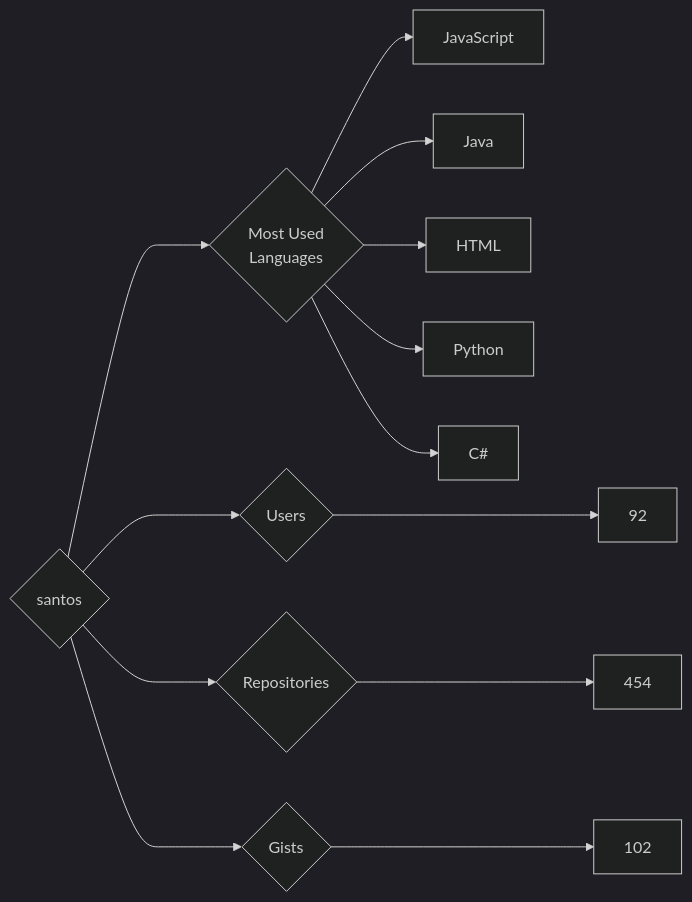
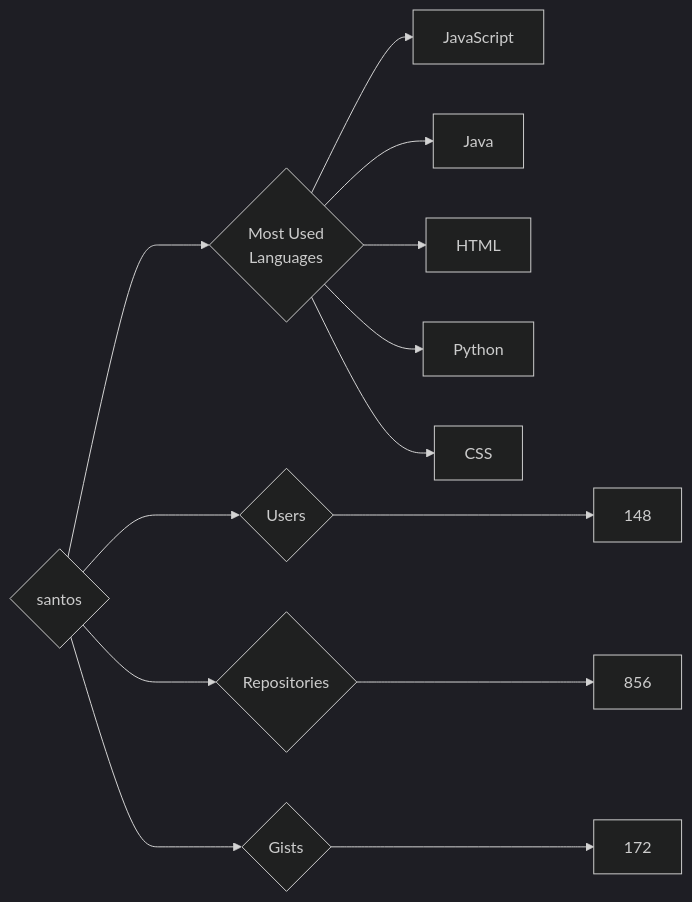
Before and after one commit to trickest/insiders: the diagram in targets/santos/README.md, drawn with Mermaid (dark theme). The commit also changed 736 other files, not shown here.

````diff
--- a/targets/santos/README.md
+++ b/targets/santos/README.md
@@ -3,13 +3,13 @@
 ```mermaid
 graph LR
 COMPANY_NAME{santos}
-COMPANY_NAME ---> U{Users} ---> UN[92]
-COMPANY_NAME ---> R{Repositories} ---> RN[454]
-COMPANY_NAME ---> G{Gists} ---> GN[102]
+COMPANY_NAME ---> U{Users} ---> UN[148]
+COMPANY_NAME ---> R{Repositories} ---> RN[856]
+COMPANY_NAME ---> G{Gists} ---> GN[172]
 COMPANY_NAME ---> ML{Most Used<br>Languages}
 ML --> JavaScript[JavaScript]
 ML --> Java[Java]
 ML --> HTML[HTML]
 ML --> Python[Python]
-ML --> C#[C#]
+ML --> CSS[CSS]
 ```
````
